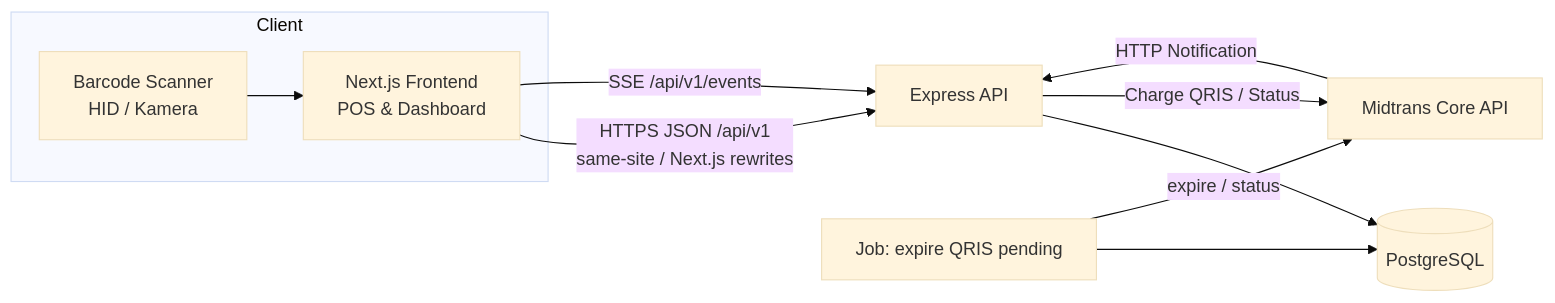
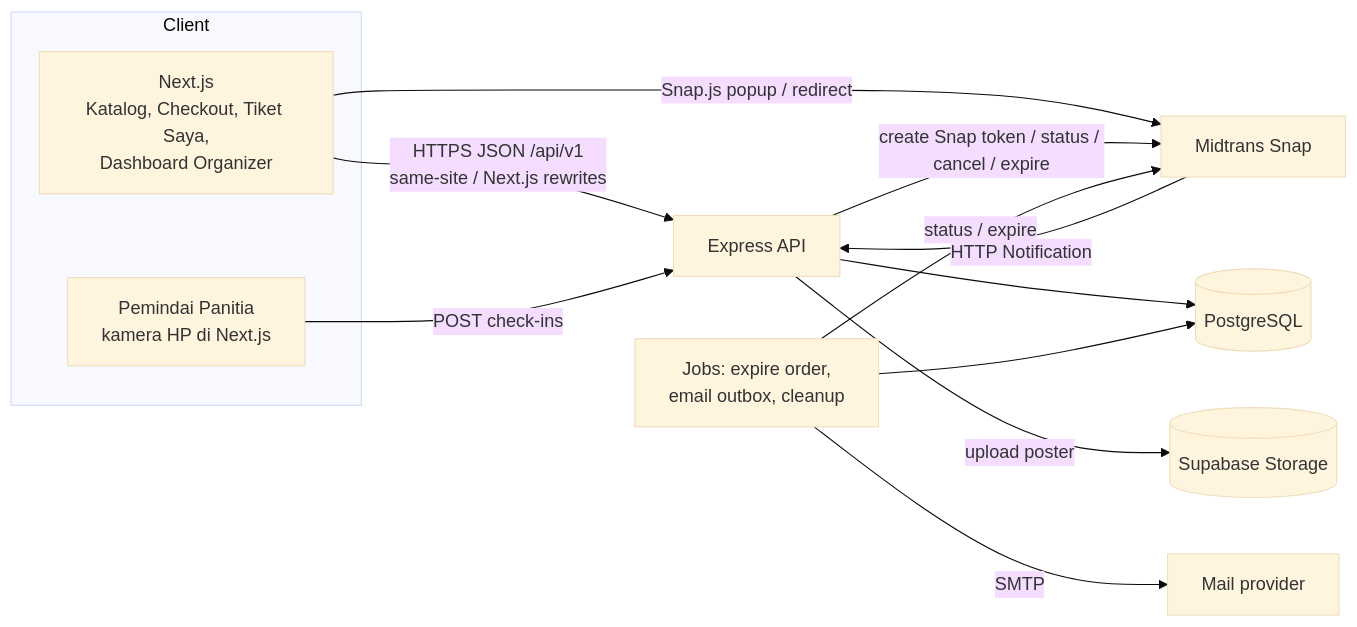
Before and after one commit to gadicandra/PassGo: the first of 5 diagrams in docs/architecture.md, drawn with Mermaid (base theme). The commit also changed other lines of this file and 4 other files, not shown here.

````diff
--- a/docs/architecture.md
+++ b/docs/architecture.md
@@ -87,15 +104,17 @@
 ```mermaid
 flowchart LR
   subgraph Client
-    FE[Next.js Frontend<br/>POS & Dashboard]
-    SC[Barcode Scanner<br/>HID / Kamera]
+    WEB[Next.js<br/>Katalog, Checkout, Tiket Saya,<br/>Dashboard Organizer]
+    SCN[Pemindai Panitia<br/>kamera HP di Next.js]
   end
-  SC --> FE
-  FE -- HTTPS JSON /api/v1<br/>same-site / Next.js rewrites --> API[Express API]
-  FE -- SSE /api/v1/events --> API
+  WEB -- HTTPS JSON /api/v1<br/>same-site / Next.js rewrites --> API[Express API]
+  SCN -- POST check-ins --> API
+  WEB -- Snap.js popup / redirect --> MT[Midtrans Snap]
+  API -- create Snap token / status / cancel / expire --> MT
+  MT -- HTTP Notification --> API
   API --> DB[(PostgreSQL)]
-  API -- Charge QRIS / Status --> MT[Midtrans Core API]
-  MT -- HTTP Notification --> API
-  CRON[Job: expire QRIS pending] --> DB
-  CRON -- expire / status --> MT
+  API -- upload poster --> ST[(Supabase Storage)]
+  JOB[Jobs: expire order,<br/>email outbox, cleanup] --> DB
+  JOB -- SMTP --> SMTP[Mail provider]
+  JOB -- status / expire --> MT
 ```
````
